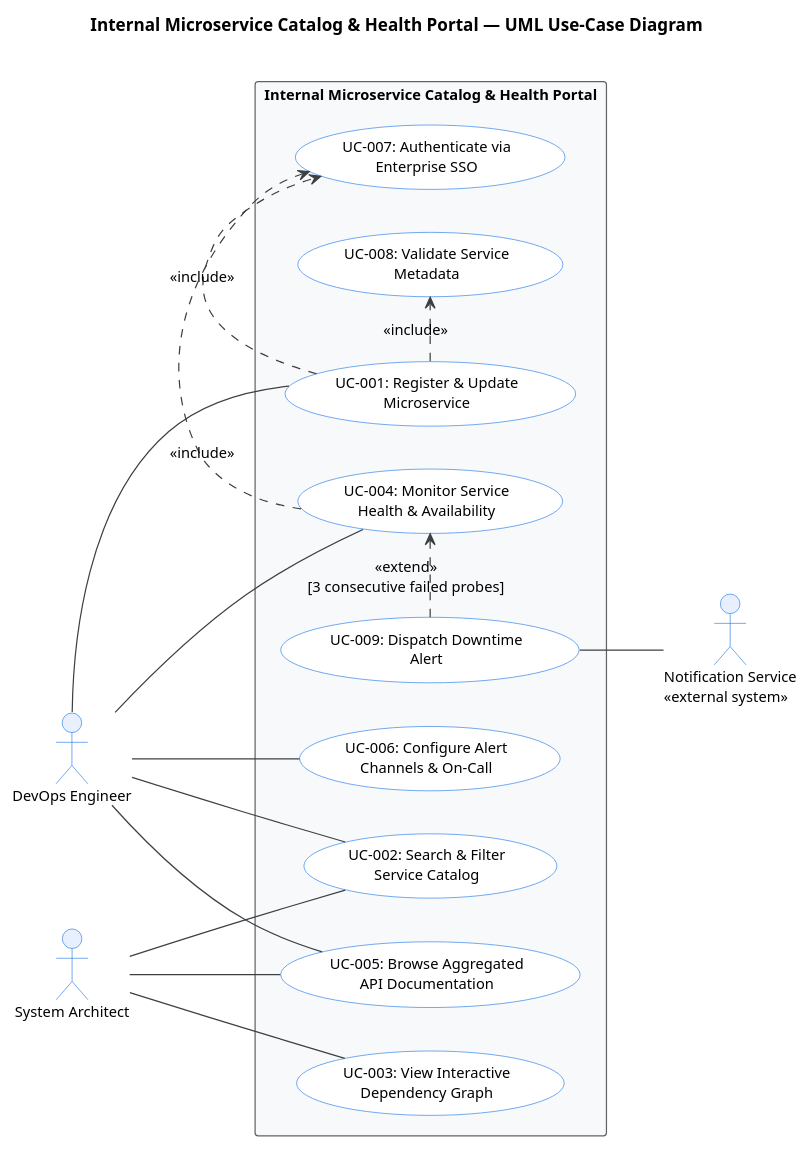
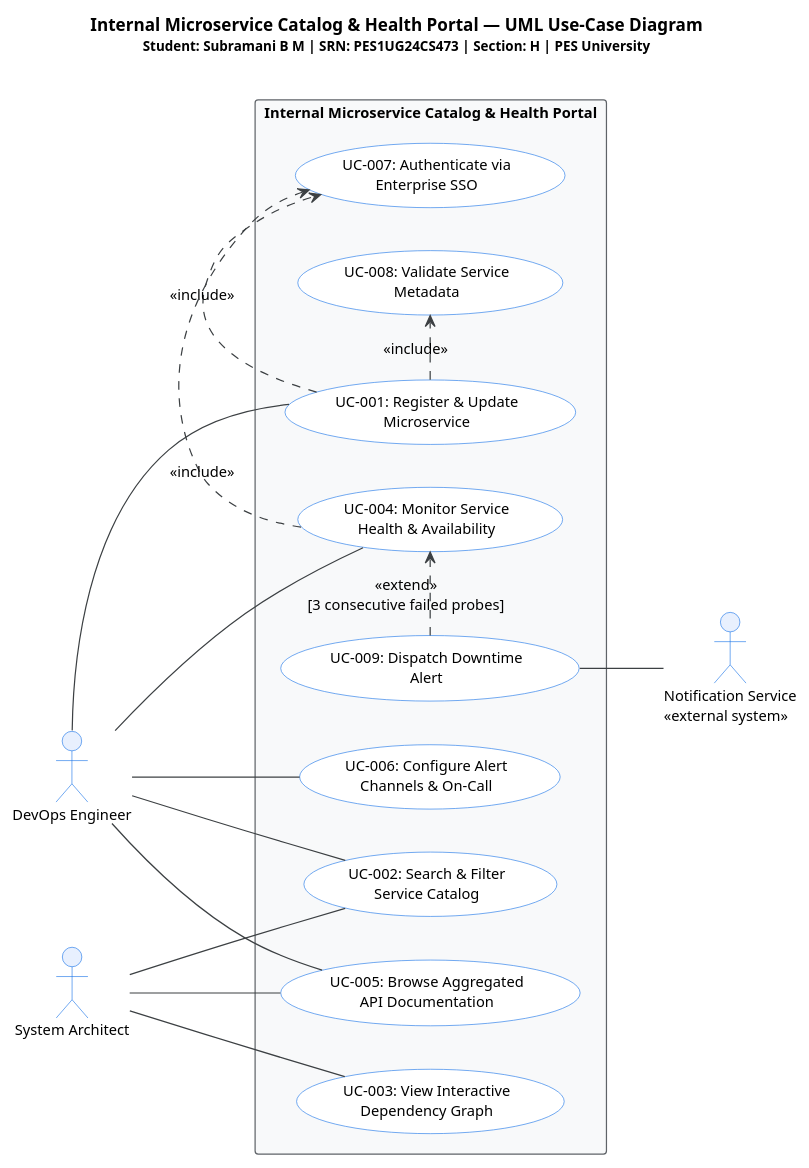
The diagram in use_case_diagram.puml (SubramaniBM/LAB1_Activity_Subramani_BM_PES1UG24CS473), drawn with PlantUML before and after one commit. The commit also changed 4 other files, not shown here.

Commit message:
Add student information: Subramani B M, SRN: PES1UG24CS473, Section: H across all deliverables

```diff
--- a/use_case_diagram.puml
+++ b/use_case_diagram.puml
@@ -1,74 +1,74 @@
 @startuml use_case_diagram
 
 skinparam handwritten false
 skinparam monochrome false
 skinparam packageStyle rectangle
 skinparam shadowing false
 skinparam defaultFontName Arial
 skinparam defaultFontSize 12
 
 skinparam actor {
     BackgroundColor #E8F0FE
     BorderColor #1A73E8
 }
 
 skinparam usecase {
     BackgroundColor #FFFFFF
     BorderColor #1A73E8
     ArrowColor #3C4043
 }
 
 skinparam rectangle {
     BackgroundColor #F8F9FA
     BorderColor #5F6368
 }
 
-title **Internal Microservice Catalog & Health Portal — UML Use-Case Diagram**\n
+title **Internal Microservice Catalog & Health Portal — UML Use-Case Diagram**\n<size:11>Student: Subramani B M | SRN: PES1UG24CS473 | Section: H | PES University</size>\n
 
 left to right direction
 
 ' ── Actors (Left) ──
 actor "DevOps Engineer" as DevOps
 actor "System Architect" as Architect
 
 ' ── System Boundary ──
 rectangle "Internal Microservice Catalog & Health Portal" {
     
     usecase "UC-001: Register & Update\nMicroservice" as UC1
     usecase "UC-002: Search & Filter\nService Catalog" as UC2
     usecase "UC-003: View Interactive\nDependency Graph" as UC3
     usecase "UC-004: Monitor Service\nHealth & Availability" as UC4
     usecase "UC-005: Browse Aggregated\nAPI Documentation" as UC5
     usecase "UC-006: Configure Alert\nChannels & On-Call" as UC6
     
     usecase "UC-007: Authenticate via\nEnterprise SSO" as UC_Auth
     usecase "UC-008: Validate Service\nMetadata" as UC_Validate
     usecase "UC-009: Dispatch Downtime\nAlert" as UC_Alert
 }
 
 ' ── External Actor (Right) ──
 actor "Notification Service\n<<external system>>" as NotifSvc
 
 ' ── Actor Associations ──
 DevOps -- UC1
 DevOps -- UC2
 DevOps -- UC4
 DevOps -- UC5
 DevOps -- UC6
 
 Architect -- UC2
 Architect -- UC3
 Architect -- UC5
 
 ' ── Include Relationships ──
 UC1 .> UC_Validate : <<include>>
 UC1 .> UC_Auth : <<include>>
 UC4 .> UC_Auth : <<include>>
 
 ' ── Extend Relationship ──
 UC_Alert .> UC4 : <<extend>>\n[3 consecutive failed probes]
 
 ' ── External System Association ──
 UC_Alert -- NotifSvc
 
 @enduml
```
